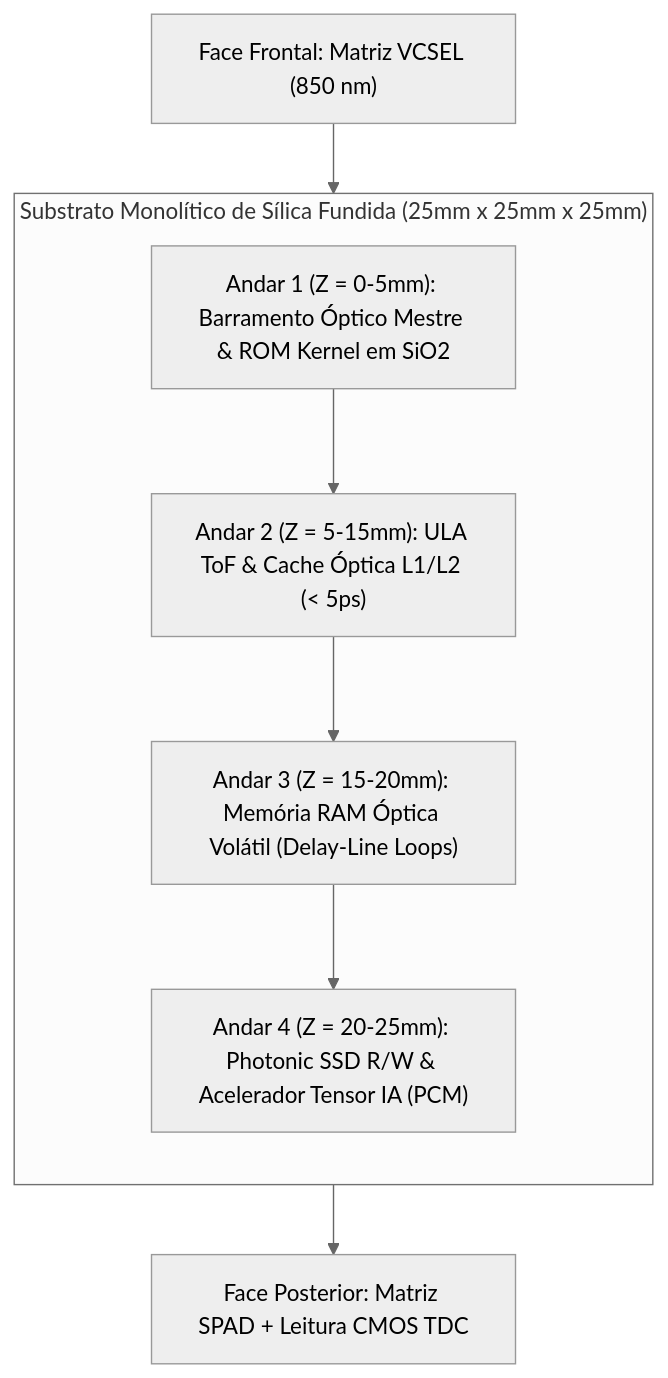
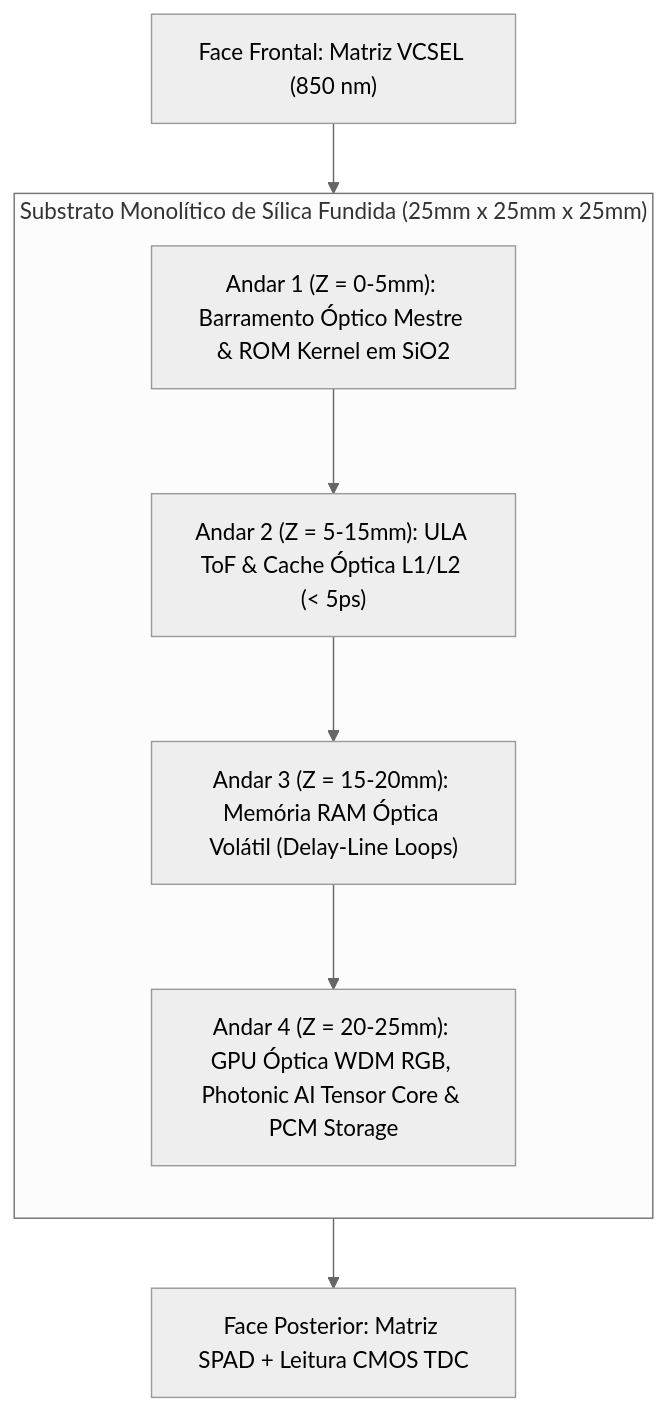
The diagram in README.md (Roliveira96/SilicaCore), drawn with Mermaid (neutral theme) before and after one commit. The commit also changed other lines of this file and 7 other files, not shown here.

Commit message:
feat(gpu-ai): adiciona GPU óptica WDM RGB e acelerador Photonic AI Tensor Core (MVM Mesh & PCM)

````diff
--- a/README.md
+++ b/README.md
@@ -71,17 +84,17 @@
 ```mermaid
 flowchart TD
     subgraph CuboSilica["Substrato Monolítico de Sílica Fundida (25mm x 25mm x 25mm)"]
         direction TB
-        Andar4["Andar 4 (Z = 20-25mm): Photonic SSD R/W & Acelerador Tensor IA (PCM)"]
+        Andar4["Andar 4 (Z = 20-25mm): GPU Óptica WDM RGB, Photonic AI Tensor Core & PCM Storage"]
         Andar3["Andar 3 (Z = 15-20mm): Memória RAM Óptica Volátil (Delay-Line Loops)"]
         Andar2["Andar 2 (Z = 5-15mm): ULA ToF & Cache Óptica L1/L2 (< 5ps)"]
         Andar1["Andar 1 (Z = 0-5mm): Barramento Óptico Mestre & ROM Kernel em SiO2"]
 
         Andar1 --> Andar2
         Andar2 --> Andar3
         Andar3 --> Andar4
     end
 
     Input["Face Frontal: Matriz VCSEL (850 nm)"] --> CuboSilica
     CuboSilica --> Output["Face Posterior: Matriz SPAD + Leitura CMOS TDC"]
 ```
````
